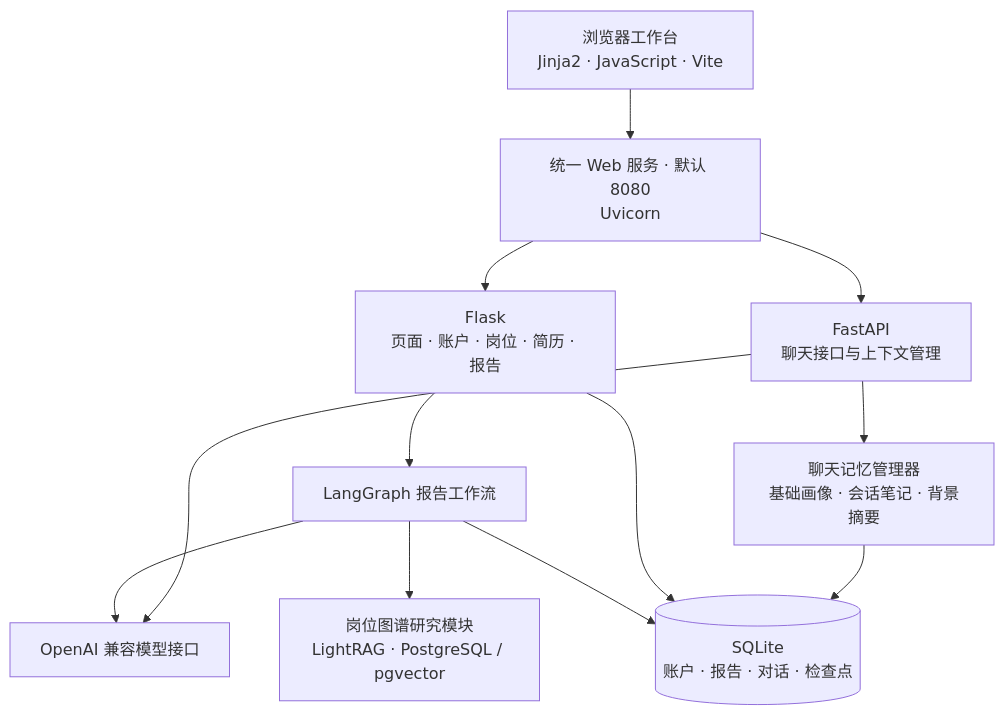
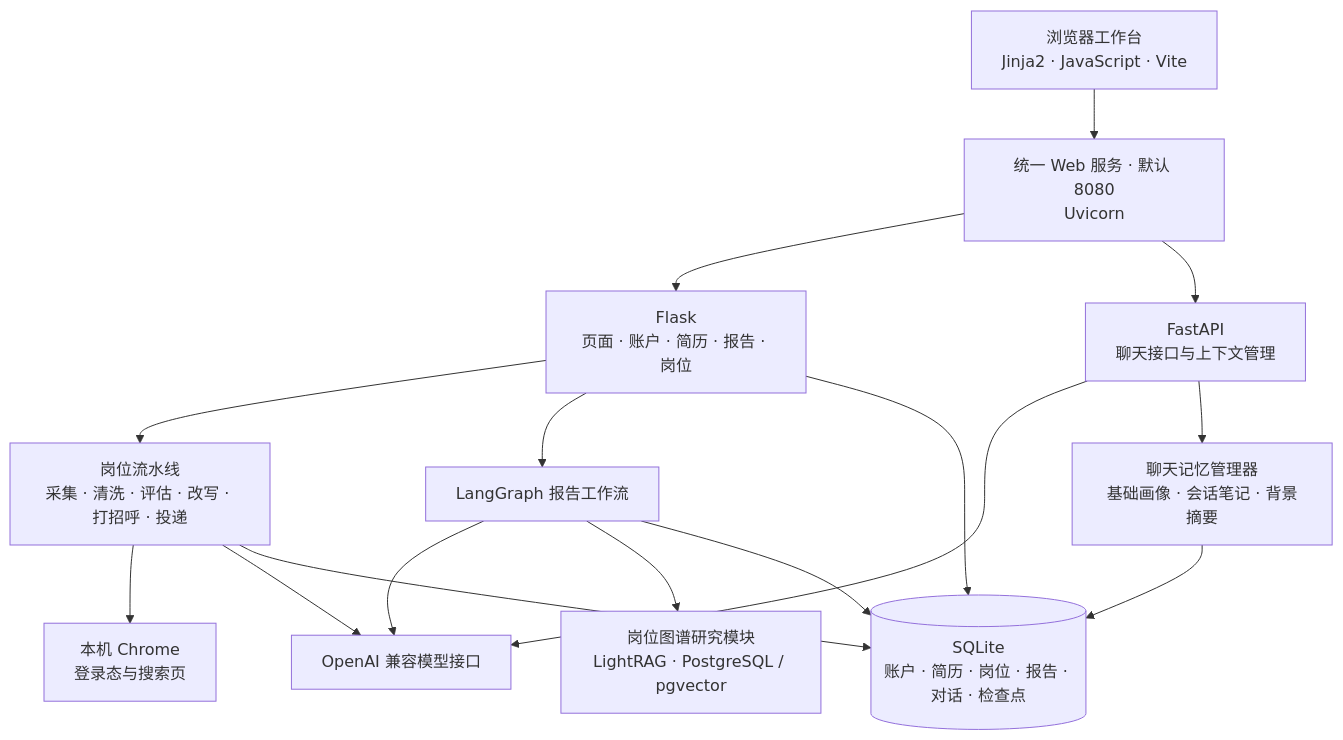
Before and after one commit to hankwang712/Career-Planning: the second of 3 diagrams in README.md, drawn with Mermaid. The commit also changed other lines of this file and 26 other files, not shown here.

Commit message:
docs: 精简 README 并更新页面展示截图

````diff
--- a/README.md
+++ b/README.md
@@ -234,23 +240,29 @@
 ```mermaid
 flowchart TB
     UI[浏览器工作台<br/>Jinja2 · JavaScript · Vite]
     WEB[统一 Web 服务 · 默认 8080<br/>Uvicorn]
-    FLASK[Flask<br/>页面 · 账户 · 岗位 · 简历 · 报告]
+    FLASK[Flask<br/>页面 · 账户 · 简历 · 报告 · 岗位]
     CHAT[FastAPI<br/>聊天接口与上下文管理]
+    PIPE[岗位流水线<br/>采集 · 清洗 · 评估 · 改写 · 打招呼 · 投递]
+    CHROME[本机 Chrome<br/>登录态与搜索页]
     GRAPH[LangGraph 报告工作流]
     LLM[OpenAI 兼容模型接口]
-    DB[(SQLite<br/>账户 · 报告 · 对话 · 检查点)]
+    DB[(SQLite<br/>账户 · 简历 · 岗位 · 报告 · 对话 · 检查点)]
     MEMORY[聊天记忆管理器<br/>基础画像 · 会话笔记 · 背景摘要]
     RAG[岗位图谱研究模块<br/>LightRAG · PostgreSQL / pgvector]
     UI --> WEB
     WEB --> FLASK
     WEB --> CHAT
+    FLASK --> PIPE
     FLASK --> GRAPH
+    PIPE --> CHROME
+    PIPE --> LLM
+    PIPE --> DB
     GRAPH --> LLM
     GRAPH --> RAG
     GRAPH --> DB
     FLASK --> DB
     CHAT --> LLM
     CHAT --> MEMORY
     MEMORY --> DB
 ```
````
